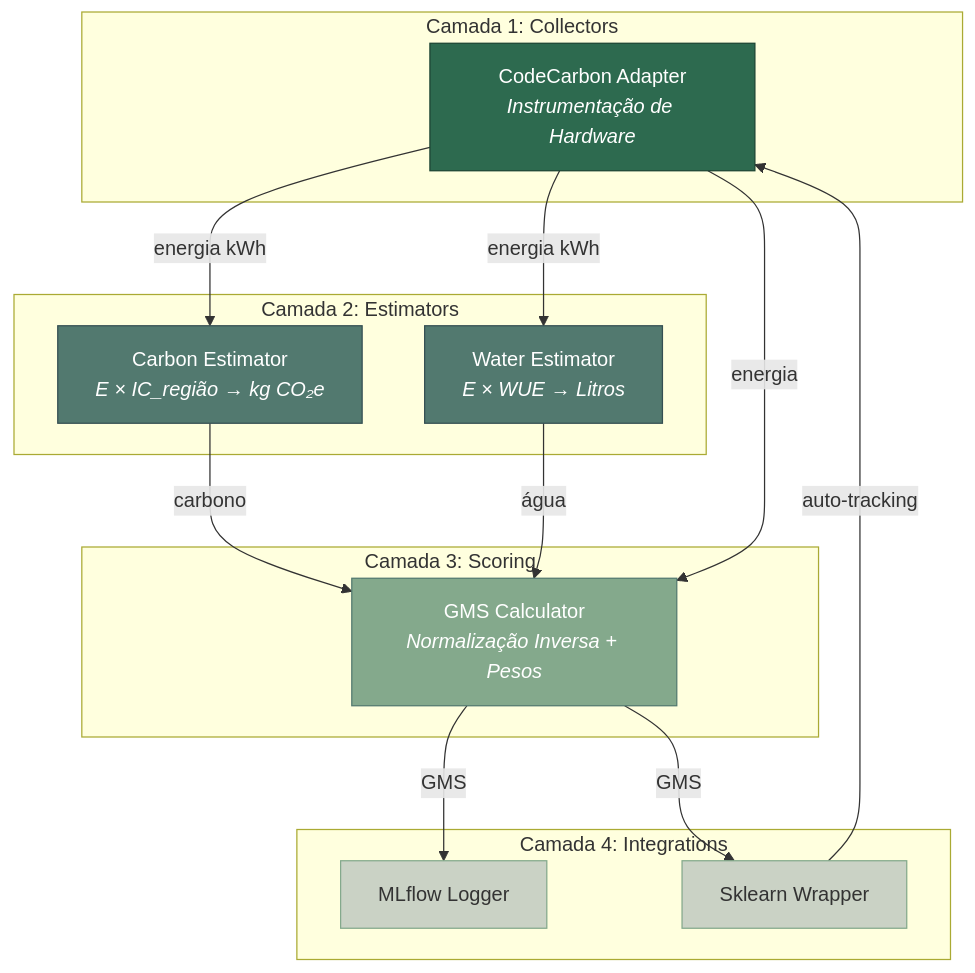
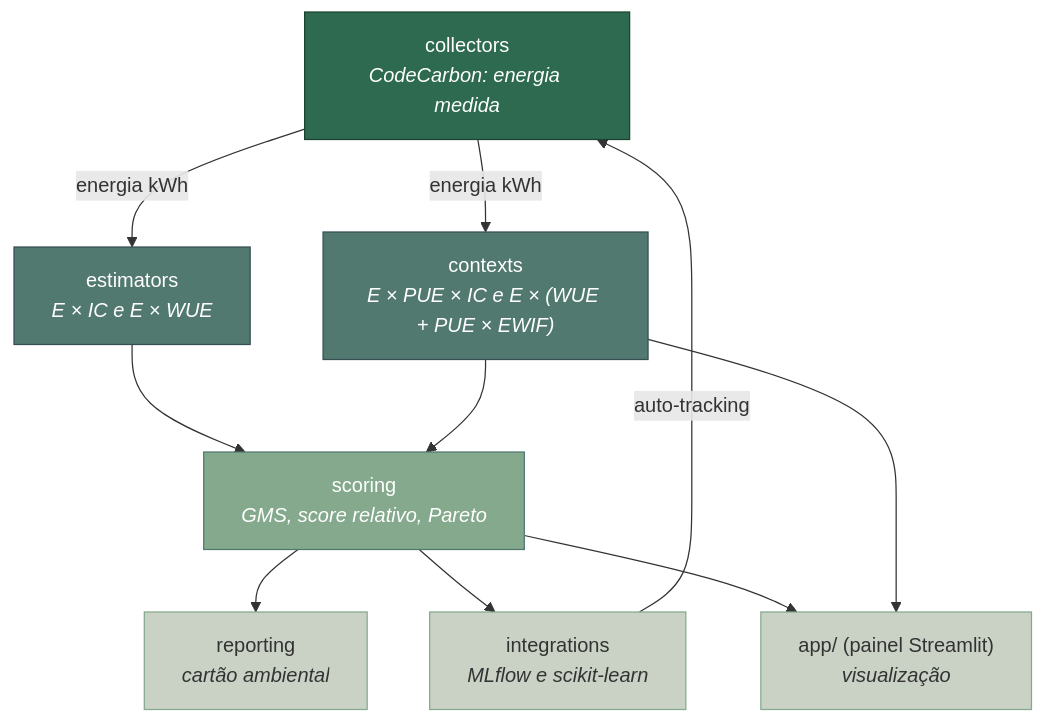
The diagram in README.md (OctavioSB11/TCC-Green-ML-Score), drawn with Mermaid before and after one commit. The commit also changed other lines of this file and 21 other files, not shown here.

````diff
--- a/README.md
+++ b/README.md
@@ -75,36 +94,28 @@
 ```mermaid
 graph TB
-    subgraph "Camada 1: Collectors"
-        A[" CodeCarbon Adapter<br/><i>Instrumentação de Hardware</i>"]
-    end
-
-    subgraph "Camada 2: Estimators"
-        B[" Carbon Estimator<br/><i>E × IC_região → kg CO₂e</i>"]
-        C[" Water Estimator<br/><i>E × WUE → Litros</i>"]
-    end
-
-    subgraph "Camada 3: Scoring"
-        D[" GMS Calculator<br/><i>Normalização Inversa + Pesos</i>"]
-    end
-
-    subgraph "Camada 4: Integrations"
-        E[" MLflow Logger"]
-        F[" Sklearn Wrapper"]
-    end
+    A["collectors<br/><i>CodeCarbon: energia medida</i>"]
+    B["estimators<br/><i>E × IC e E × WUE</i>"]
+    G["contexts<br/><i>E × PUE × IC e E × (WUE + PUE × EWIF)</i>"]
+    D["scoring<br/><i>GMS, score relativo, Pareto</i>"]
+    R["reporting<br/><i>cartão ambiental</i>"]
+    E["integrations<br/><i>MLflow e scikit-learn</i>"]
+    P["app/ (painel Streamlit)<br/><i>visualização</i>"]
 
     A -->|"energia kWh"| B
-    A -->|"energia kWh"| C
-    B -->|"carbono"| D
-    C -->|"água"| D
-    A -->|"energia"| D
-    D -->|"GMS"| E
-    D -->|"GMS"| F
-    F -->|"auto-tracking"| A
+    A -->|"energia kWh"| G
+    B --> D
+    G --> D
+    D --> R
+    D --> E
+    D --> P
+    G --> P
+    E -->|"auto-tracking"| A
 
     style A fill:#2d6a4f,stroke:#1b4332,color:#fff
     style B fill:#52796f,stroke:#354f52,color:#fff
-    style C fill:#52796f,stroke:#354f52,color:#fff
+    style G fill:#52796f,stroke:#354f52,color:#fff
     style D fill:#84a98c,stroke:#52796f,color:#fff
+    style R fill:#cad2c5,stroke:#84a98c,color:#333
     style E fill:#cad2c5,stroke:#84a98c,color:#333
-    style F fill:#cad2c5,stroke:#84a98c,color:#333
+    style P fill:#cad2c5,stroke:#84a98c,color:#333
 ```
````
